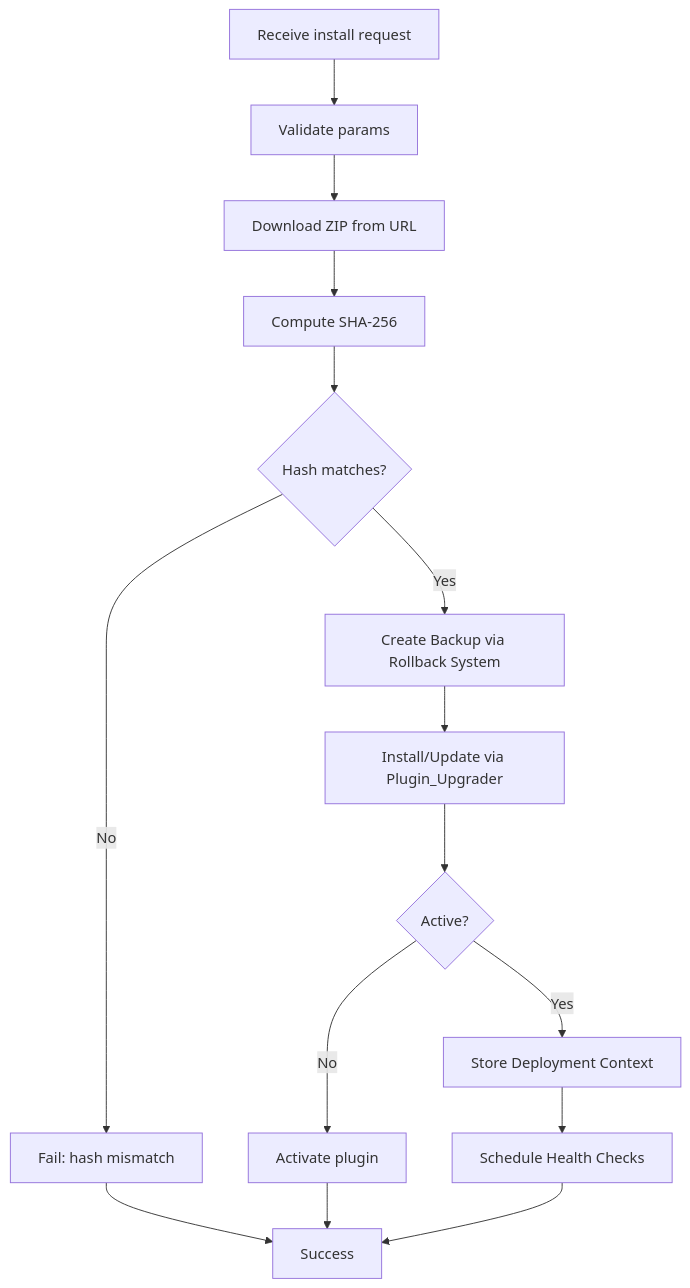
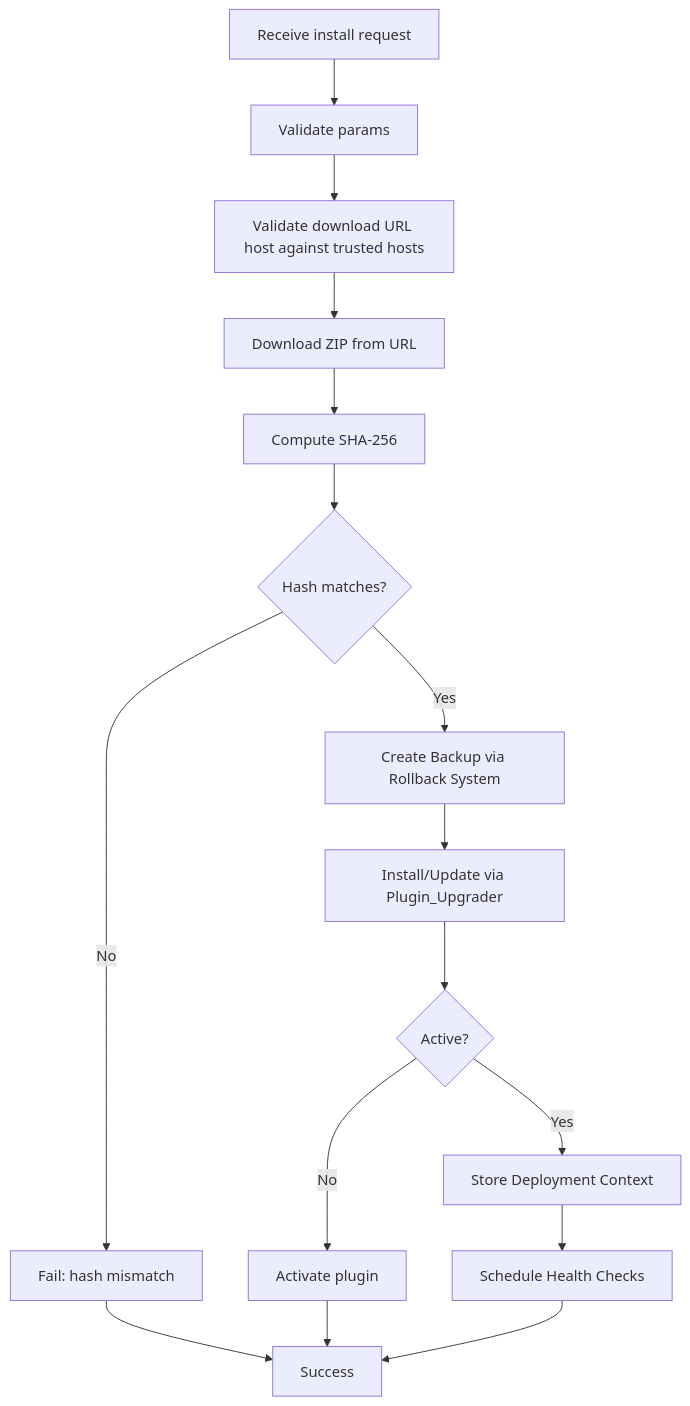
The fifth of 23 diagrams in .qoder/repowiki/en/content/WordPress Agent Integration/WordPress Agent Integration.md (FCS-WP/website_portal), drawn with Mermaid before and after one commit. The commit also changed other lines of this file and 30 other files, not shown here.

````diff
--- a/.qoder/repowiki/en/content/WordPress Agent Integration/WordPress Agent Integration.md
+++ b/.qoder/repowiki/en/content/WordPress Agent Integration/WordPress Agent Integration.md
@@ -325,17 +432,18 @@
 ```mermaid
 flowchart TD
 Req["Receive install request"] --> Params["Validate params"]
-Params --> Download["Download ZIP from URL"]
+Params --> HostValidation["Validate download URL host against trusted hosts"]
+HostValidation --> Download["Download ZIP from URL"]
 Download --> Hash["Compute SHA-256"]
 Hash --> Match{"Hash matches?"}
 Match --> |No| FailHash["Fail: hash mismatch"]
 Match --> |Yes| Backup["Create Backup via Rollback System"]
 Backup --> Upgrade["Install/Update via Plugin_Upgrader"]
 Upgrade --> Activate{"Active?"}
 Activate --> |No| DoActivate["Activate plugin"]
 Activate --> |Yes| DeployContext["Store Deployment Context"]
 DeployContext --> ScheduleHC["Schedule Health Checks"]
 ScheduleHC --> Done["Success"]
 FailHash --> Done
 DoActivate --> Done
 ```
````
